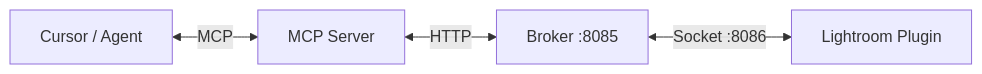
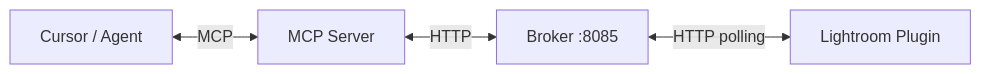
The diagram in README.md (synthet/lightroom-classic-mcp), drawn with Mermaid before and after one commit. The commit also changed other lines of this file and 13 other files, not shown here.

First line of the commit message:
fix(plugin): drop the socket fallback; HTTP polling only (#9)

````diff
--- a/README.md
+++ b/README.md
@@ -16,6 +16,6 @@
 ```mermaid
 graph LR
     Agent[Cursor / Agent] <-->|MCP| Server[MCP Server]
     Server <-->|HTTP| Broker[Broker :8085]
-    Broker <-->|Socket :8086| Plugin[Lightroom Plugin]
+    Broker <-->|HTTP polling| Plugin[Lightroom Plugin]
 ```
````
